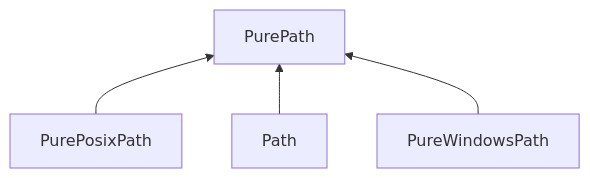
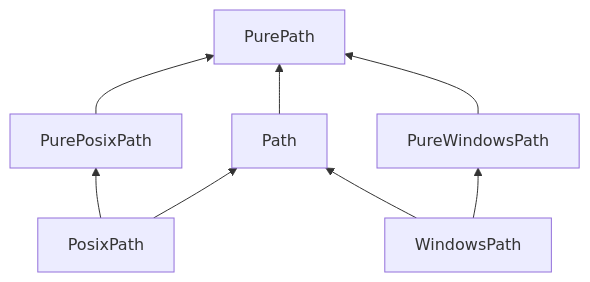
One commit to rewgs/go-pathlib changed the diagram in README.md. Above: the diagram before and after it, drawn with Mermaid.

Commit message:
Updated README.md (note: this is an automated commit message).

````diff
--- a/README.md
+++ b/README.md
@@ -17,6 +17,10 @@
 ```mermaid
 graph BT;
     PurePosixPath --> PurePath;
     Path --> PurePath;
     PureWindowsPath --> PurePath;
+    PosixPath --> PurePosixPath;
+    PosixPath --> Path;
+    WindowsPath --> PureWindowsPath;
+    WindowsPath --> Path;
 ```
````
